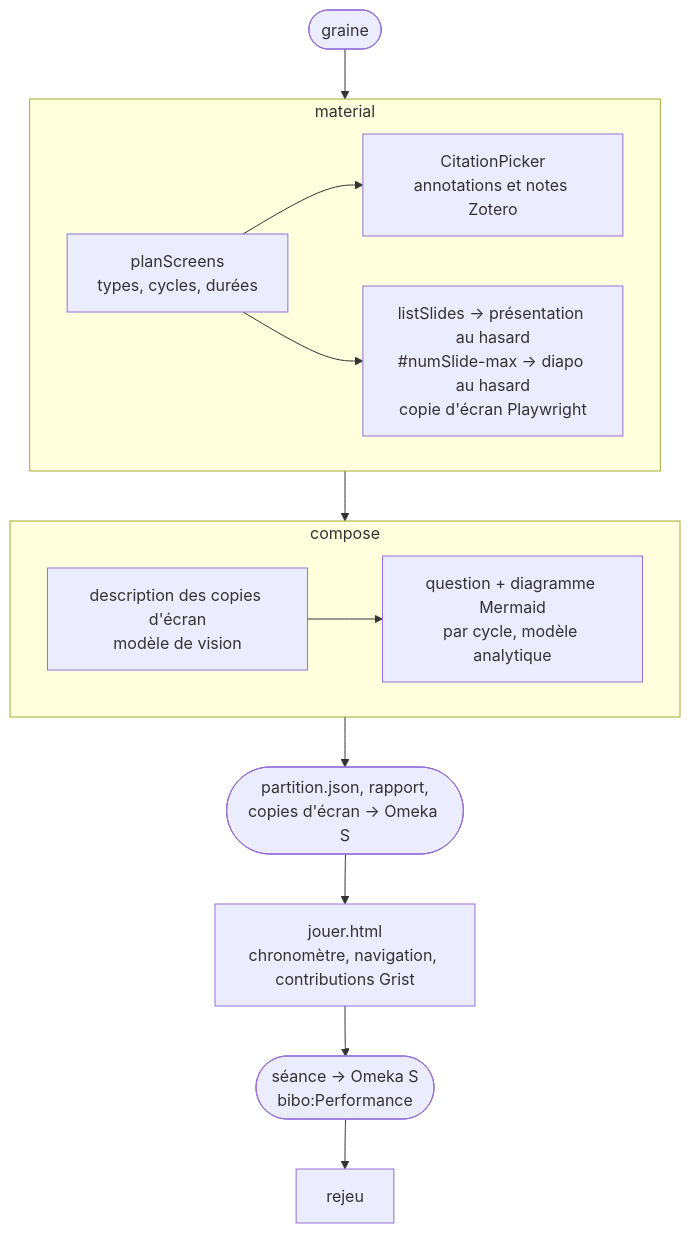
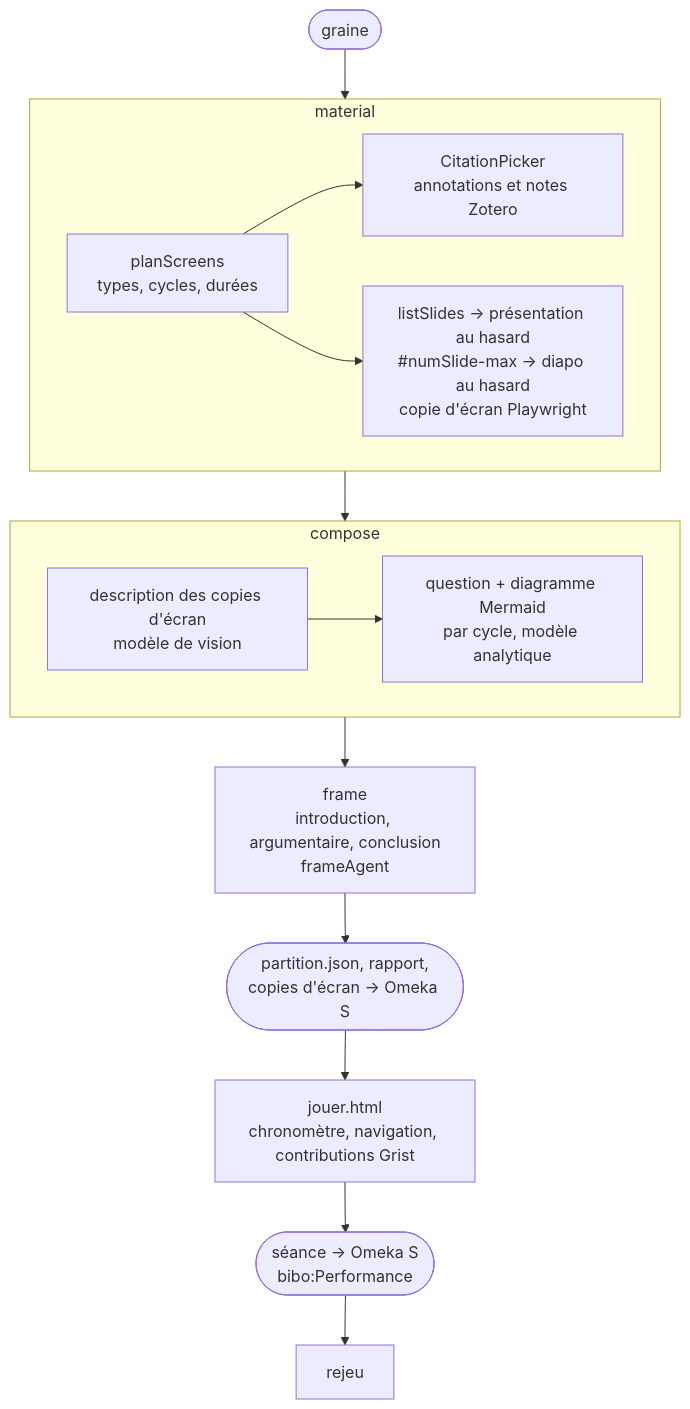
The tenth of 11 diagrams in docs/technique.md (samszo/ecosysteme-agents-recherche), drawn with Mermaid before and after one commit. The commit also changed other lines of this file and 19 other files, not shown here.

````diff
--- a/docs/technique.md
+++ b/docs/technique.md
@@ -599,15 +600,16 @@
 ```mermaid
 flowchart TD
     IN([graine]) --> M
     subgraph M[material]
         PL[planScreens<br/>types, cycles, durées] --> CI[CitationPicker<br/>annotations et notes Zotero]
         PL --> SL[listSlides → présentation au hasard<br/>#numSlide-max → diapo au hasard<br/>copie d'écran Playwright]
     end
     M --> C
     subgraph C[compose]
         VI[description des copies d'écran<br/>modèle de vision] --> GE[question + diagramme Mermaid<br/>par cycle, modèle analytique]
     end
-    C --> OUT([partition.json, rapport,<br/>copies d'écran → Omeka S])
+    C --> F[frame<br/>introduction, argumentaire, conclusion<br/>frameAgent]
+    F --> OUT([partition.json, rapport,<br/>copies d'écran → Omeka S])
     OUT --> J[jouer.html<br/>chronomètre, navigation, contributions Grist]
     J --> P([séance → Omeka S<br/>bibo:Performance]) --> RJ[rejeu]
 ```
````
